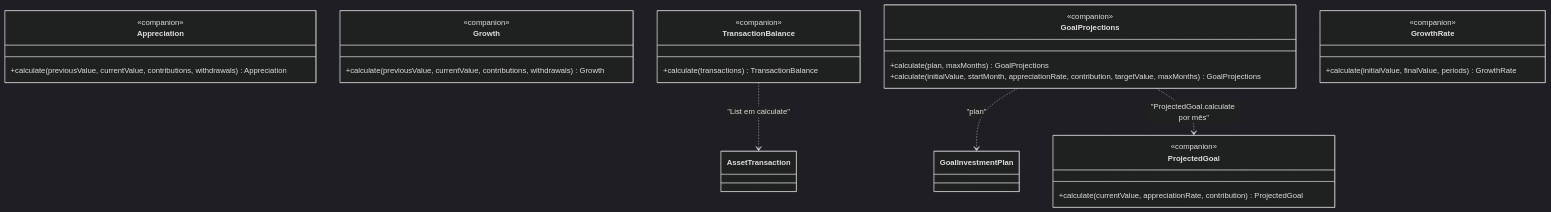
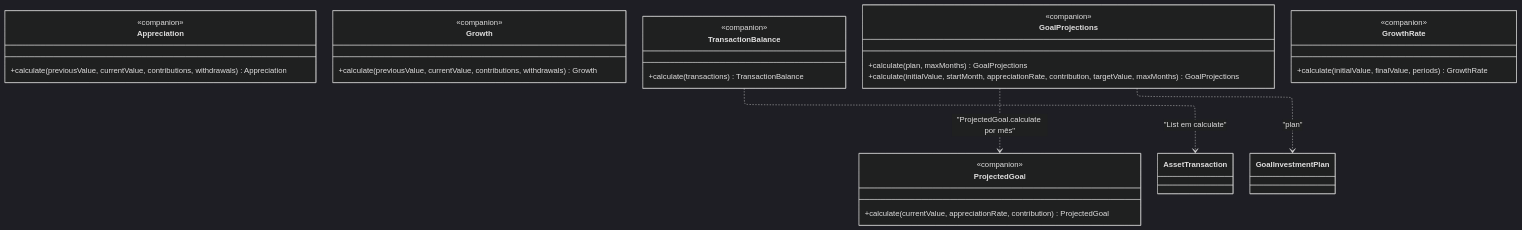
One commit to enirsilvaferraz/Investments-KMP changed the second of 2 diagrams in core/domain/entity/docs/DOMAIN.md. Above: the diagram before and after it, drawn with Mermaid (dark theme). The commit also changed other lines of this file, not shown here.

First line of the commit message:
docs: Update Mermaid diagram configurations in DOMAIN.md

````diff
--- a/core/domain/entity/docs/DOMAIN.md
+++ b/core/domain/entity/docs/DOMAIN.md
@@ -260,32 +262,33 @@
 ```mermaid
+%%{init: {"layout": "elk"}}%%
 classDiagram
     direction TB
     class Appreciation {
         <<companion>>
         +calculate(previousValue, currentValue, contributions, withdrawals) Appreciation
     }
     class Growth {
         <<companion>>
         +calculate(previousValue, currentValue, contributions, withdrawals) Growth
     }
     class TransactionBalance {
         <<companion>>
         +calculate(transactions) TransactionBalance
     }
     class ProjectedGoal {
         <<companion>>
         +calculate(currentValue, appreciationRate, contribution) ProjectedGoal
     }
     class GoalProjections {
         <<companion>>
         +calculate(plan, maxMonths) GoalProjections
         +calculate(initialValue, startMonth, appreciationRate, contribution, targetValue, maxMonths) GoalProjections
     }
     class GrowthRate {
         <<companion>>
         +calculate(initialValue, finalValue, periods) GrowthRate
     }
     TransactionBalance ..> AssetTransaction : "List em calculate"
     GoalProjections ..> GoalInvestmentPlan : "plan"
     GoalProjections ..> ProjectedGoal : "ProjectedGoal.calculate por mês"
 ```
````
